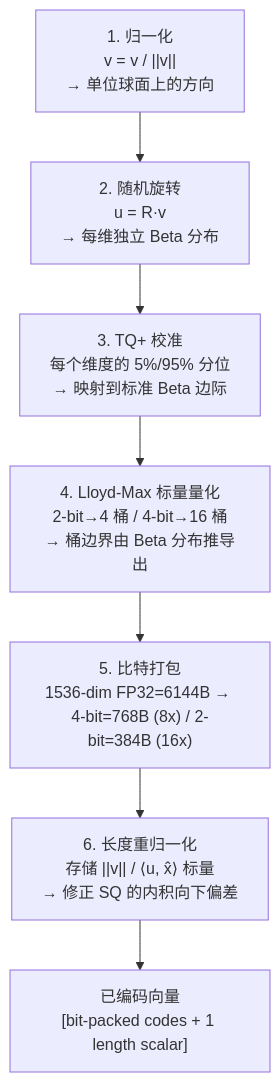
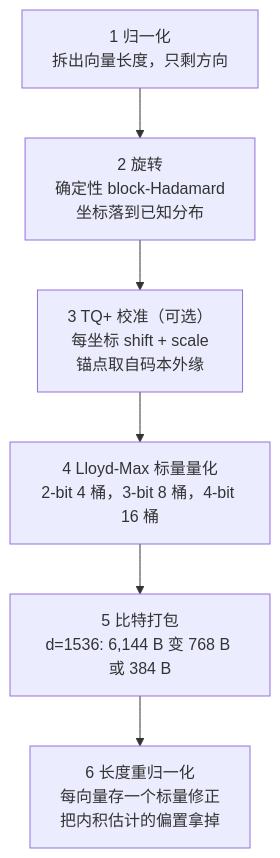
The diagram in content/posts/tech/turbovec-turboquant-vector-index-rust-guide.md (A1pha3/text-matrix), drawn with Mermaid before and after one commit. The commit also changed other lines of this file and 227 other files, not shown here.

````diff
--- a/content/posts/tech/turbovec-turboquant-vector-index-rust-guide.md
+++ b/content/posts/tech/turbovec-turboquant-vector-index-rust-guide.md
@@ -102,9 +61,8 @@
 ```mermaid
 flowchart TB
-  A["1. 归一化<br/>v = v / ||v||<br/>→ 单位球面上的方向"] --> B["2. 随机旋转<br/>u = R·v<br/>→ 每维独立 Beta 分布"]
-  B --> C["3. TQ+ 校准<br/>每个维度的 5%/95% 分位<br/>→ 映射到标准 Beta 边际"]
-  C --> D["4. Lloyd-Max 标量量化<br/>2-bit→4 桶 / 4-bit→16 桶<br/>→ 桶边界由 Beta 分布推导出"]
-  D --> E["5. 比特打包<br/>1536-dim FP32=6144B → 4-bit=768B (8x) / 2-bit=384B (16x)"]
-  E --> F["6. 长度重归一化<br/>存储 ||v|| / ⟨u, x̂⟩ 标量<br/>→ 修正 SQ 的内积向下偏差"]
-  F --> G["已编码向量<br/>[bit-packed codes + 1 length scalar]"]
+  A["1 归一化<br/>拆出向量长度，只剩方向"] --> B["2 旋转<br/>确定性 block-Hadamard<br/>坐标落到已知分布"]
+  B --> C["3 TQ+ 校准（可选）<br/>每坐标 shift + scale<br/>锚点取自码本外缘"]
+  C --> D["4 Lloyd-Max 标量量化<br/>2-bit 4 桶，3-bit 8 桶，4-bit 16 桶"]
+  D --> E["5 比特打包<br/>d=1536: 6,144 B 变 768 B 或 384 B"]
+  E --> F["6 长度重归一化<br/>每向量存一个标量修正<br/>把内积估计的偏置拿掉"]
 ```
````
